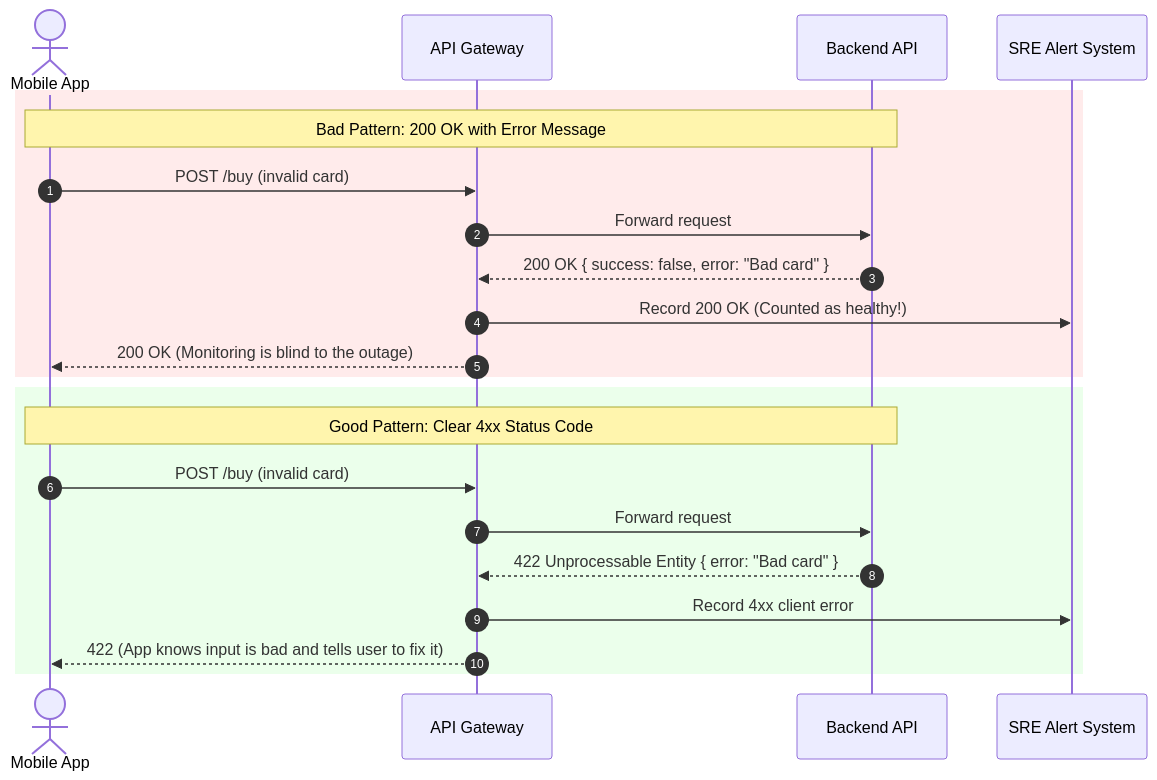
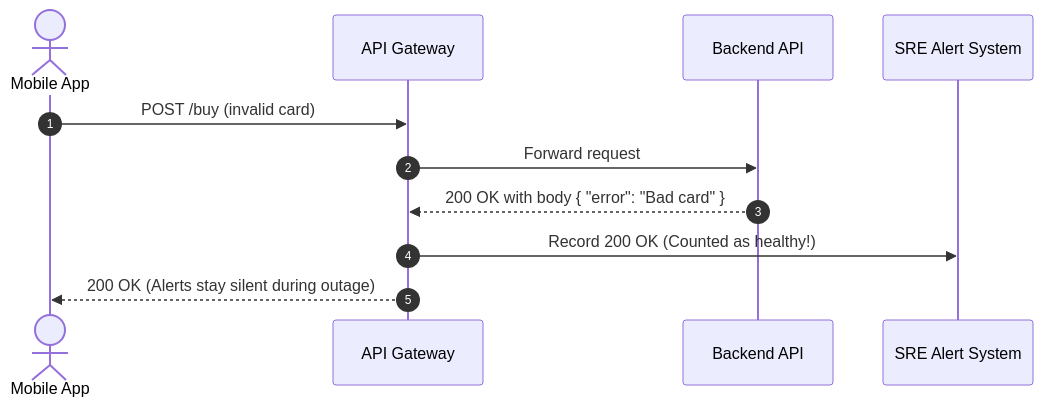
Before and after one commit to ihssmaheel-dev/what-breaks-in-prod: the first of 2 diagrams in docs/01-foundations/001-http-status-codes-and-error-semantics/README.md, drawn with Mermaid. The commit also changed other lines of this file and 3 other files, not shown here.

Commit message:
fix(mermaid): remove rect backgrounds to ensure high contrast in dark mode

````diff
--- a/docs/01-foundations/001-http-status-codes-and-error-semantics/README.md
+++ b/docs/01-foundations/001-http-status-codes-and-error-semantics/README.md
@@ -72,26 +74,14 @@
 ```mermaid
 sequenceDiagram
     autonumber
     actor Client as Mobile App
     participant Gateway as API Gateway
     participant Server as Backend API
     participant Alerts as SRE Alert System
 
-    rect rgb(255, 235, 235)
-        Note over Client,Server: Bad Pattern: 200 OK with Error Message
-        Client->>Gateway: POST /buy (invalid card)
-        Gateway->>Server: Forward request
-        Server-->>Gateway: 200 OK { success: false, error: "Bad card" }
-        Gateway->>Alerts: Record 200 OK (Counted as healthy!)
-        Gateway-->>Client: 200 OK (Monitoring is blind to the outage)
-    end
-
-    rect rgb(235, 255, 235)
-        Note over Client,Server: Good Pattern: Clear 4xx Status Code
-        Client->>Gateway: POST /buy (invalid card)
-        Gateway->>Server: Forward request
-        Server-->>Gateway: 422 Unprocessable Entity { error: "Bad card" }
-        Gateway->>Alerts: Record 4xx client error
-        Gateway-->>Client: 422 (App knows input is bad and tells user to fix it)
-    end
+    Client->>Gateway: POST /buy (invalid card)
+    Gateway->>Server: Forward request
+    Server-->>Gateway: 200 OK with body { "error": "Bad card" }
+    Gateway->>Alerts: Record 200 OK (Counted as healthy!)
+    Gateway-->>Client: 200 OK (Alerts stay silent during outage)
 ```
````
